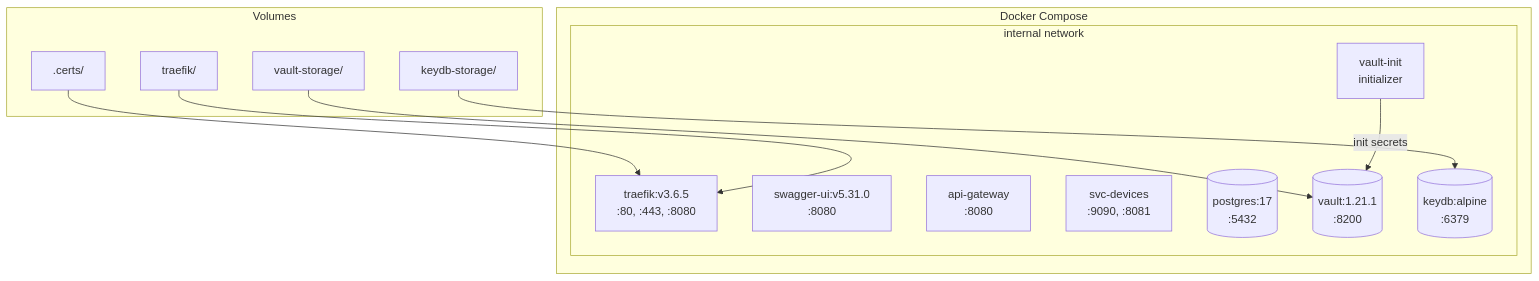
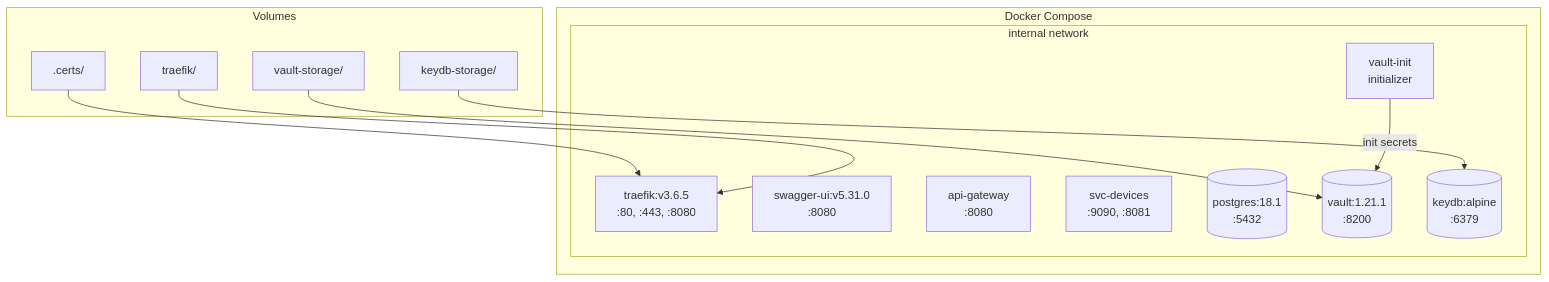
One commit to architeacher/devices changed the eighth of 12 diagrams in docs/architecture.md. Above: the diagram before and after it, drawn with Mermaid. The commit also changed other lines of this file and 163 other files, not shown here.

````diff
--- a/docs/architecture.md
+++ b/docs/architecture.md
@@ -297,28 +461,28 @@
 ```mermaid
 graph TB
     subgraph Docker[Docker Compose]
         subgraph Network[internal network]
             Traefik[traefik:v3.6.5<br/>:80, :443, :8080]
             Swagger[swagger-ui:v5.31.0<br/>:8080]
             Gateway[api-gateway<br/>:8080]
             Devices[svc-devices<br/>:9090, :8081]
-            DB[(postgres:17<br/>:5432)]
+            DB[(postgres:18.1<br/>:5432)]
             Vault[(vault:1.21.1<br/>:8200)]
             VaultInit[vault-init<br/>initializer]
             KeyDB[(keydb:alpine<br/>:6379)]
         end
     end
 
     subgraph Volumes
         Certs[.certs/]
         Config[traefik/]
         VaultData[vault-storage/]
         KeyDBData[keydb-storage/]
     end
 
     Certs --> Traefik
     Config --> Traefik
     VaultData --> Vault
     KeyDBData --> KeyDB
     VaultInit -->|init secrets| Vault
 ```
````
